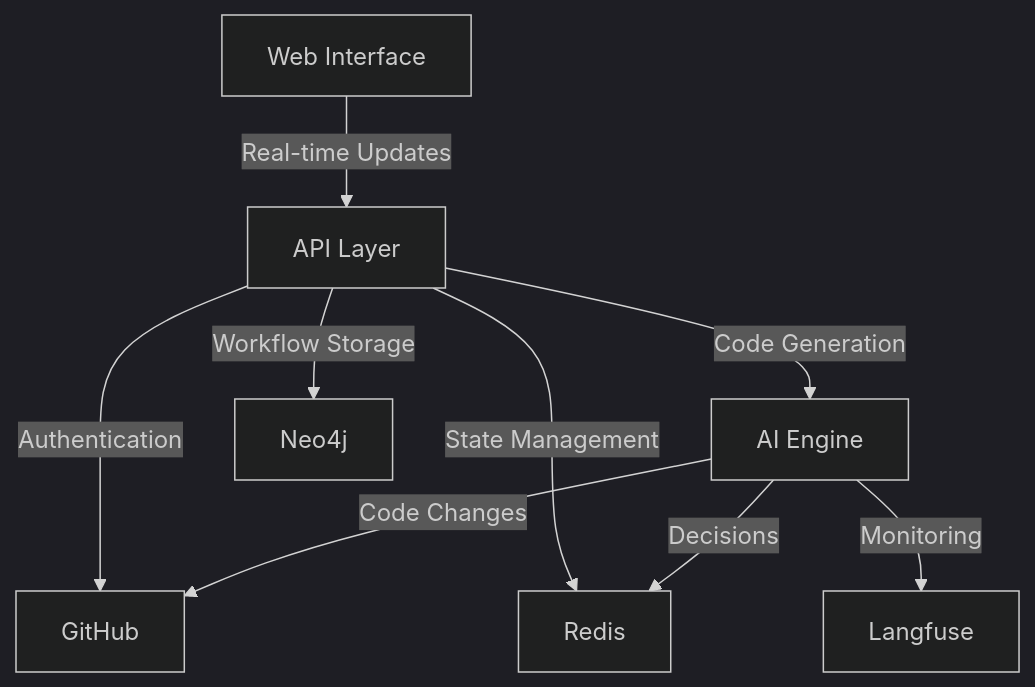
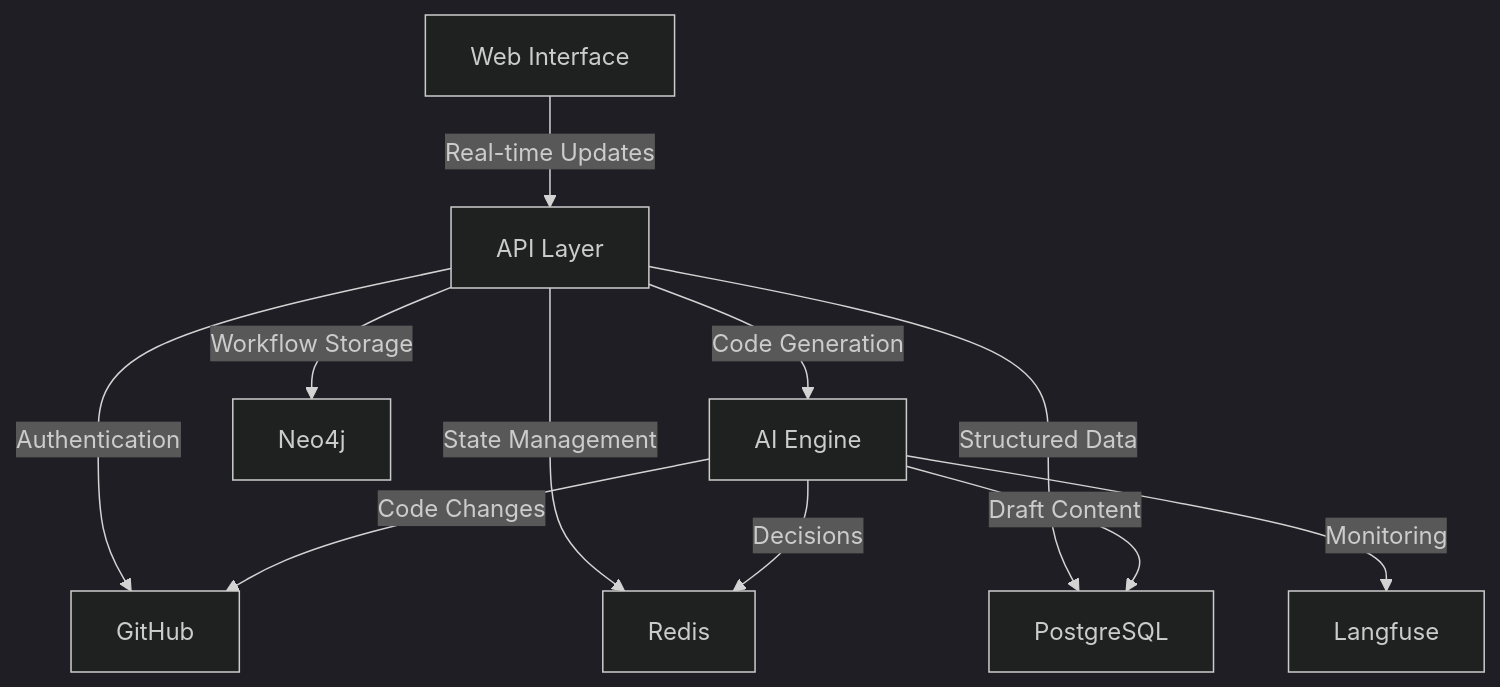
One commit to youngchingjui/issue-to-pr changed the diagram in docs/guides/architecture.md. Above: the diagram before and after it, drawn with Mermaid (dark theme). The commit also changed other lines of this file and 2 other files, not shown here.

````diff
--- a/docs/guides/architecture.md
+++ b/docs/guides/architecture.md
@@ -50,11 +54,13 @@
 ```mermaid
 graph TD
     A[Web Interface] -->|Real-time Updates| B[API Layer]
     B -->|Authentication| C[GitHub]
     B -->|Code Generation| D[AI Engine]
     B -->|State Management| E[Redis]
     B -->|Workflow Storage| F[Neo4j]
+    B -->|Structured Data| H[PostgreSQL]
     D -->|Decisions| E
+    D -->|Draft Content| H
     D -->|Code Changes| C
     D -->|Monitoring| G[Langfuse]
 ```
````
